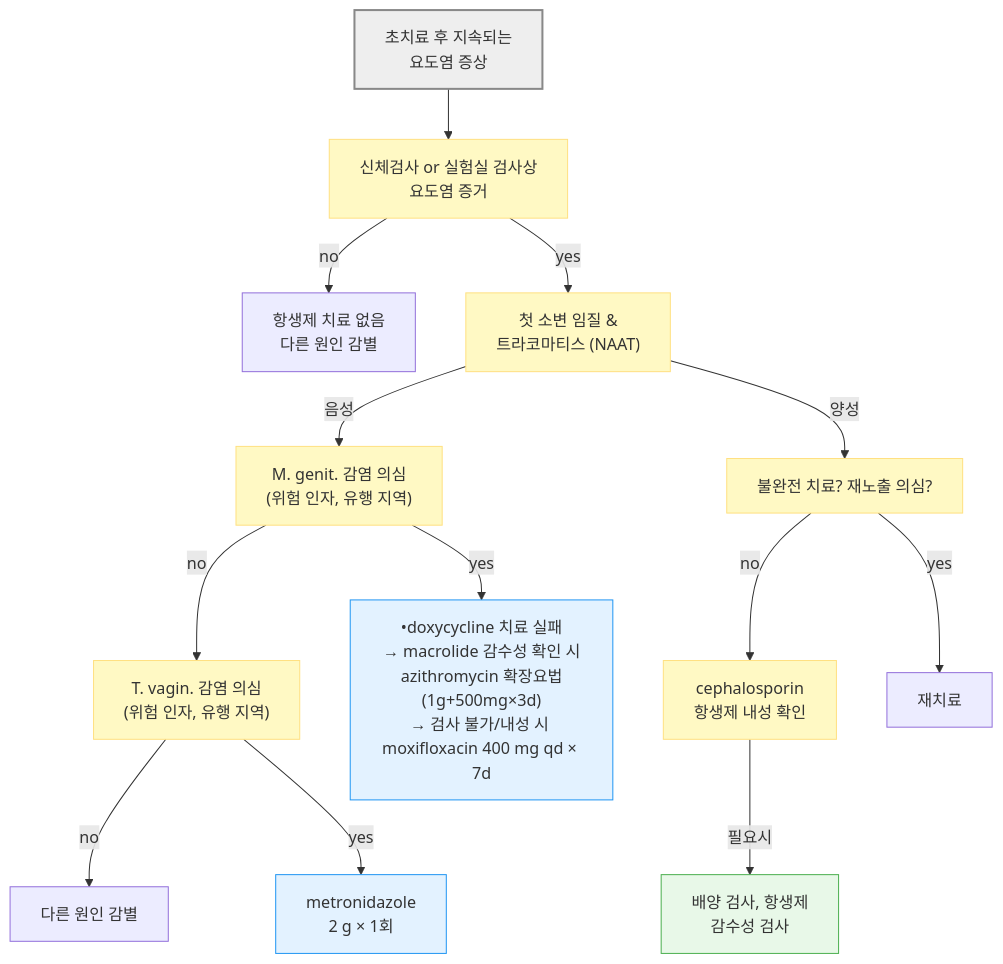
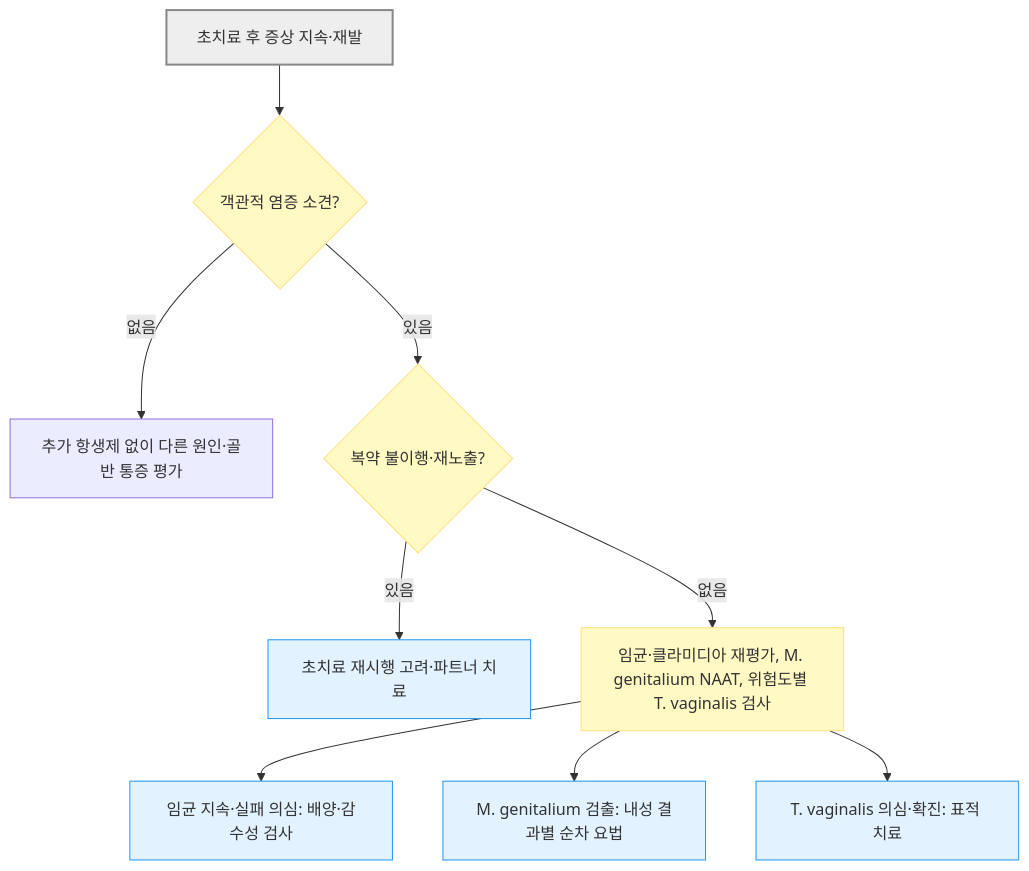
The diagram in 227_/115_-urethritis.md (familyoh77/familyoh77), drawn with Mermaid before and after one commit. The commit also changed other lines of this file and 1 other file, not shown here.

````diff
--- a/227_/115_-urethritis.md
+++ b/227_/115_-urethritis.md
@@ -147,23 +144,16 @@
 ```mermaid
 flowchart TD
-    Start["초치료 후 지속되는 <br/>요도염 증상"] 
---> A["신체검사 or 실험실 검사상 <br/>요도염 증거"]
-    A -- no --> B["항생제 치료 없음<br>다른 원인 감별"]
-    A -- yes --> C["첫 소변 임질 & <br/>트라코마티스 (NAAT)"]
-    C -- 음성 --> D["M. genit. 감염 의심<br>(위험 인자, 유행 지역)"]
-    C -- 양성 --> E["불완전 치료? 재노출 의심?"]
-    D -- no --> F["T. vagin. 감염 의심<br>(위험 인자, 유행 지역)"]
-    D -- yes --> G["•doxycycline 치료 실패<br>→ macrolide 감수성 확인 시<br/>azithromycin 확장요법<br/>(1g+500mg×3d)<br>→ 검사 불가/내성 시 <br/>moxifloxacin 400 mg qd × 7d"]
-    F -- no --> H["다른 원인 감별"]
-    F -- yes --> I["metronidazole<br>2 g × 1회"]
-    E -- no --> J["cephalosporin<br>항생제 내성 확인"]
-    E -- yes --> K["재치료"]
-    J -- 필요시 --> L["배양 검사, 항생제<br>감수성 검사"]
-style Start fill:#eeeeee,stroke:#888888,stroke-width:2px
-classDef yellow fill:#fff9c4,stroke:#ffe082
-class A,C,E,D,F,J yellow
-classDef sky fill:#e3f2ff,stroke:#2196f3
-class G,I sky
-style L fill:#e8f8e8,stroke:#4caf50
-
+    A["초치료 후 증상 지속·재발"] --> B{"객관적 염증 소견?"}
+    B -- 없음 --> C["추가 항생제 없이 다른 원인·골반 통증 평가"]
+    B -- 있음 --> D{"복약 불이행·재노출?"}
+    D -- 있음 --> E["초치료 재시행 고려·파트너 치료"]
+    D -- 없음 --> F["임균·클라미디아 재평가, M. genitalium NAAT, 위험도별 T. vaginalis 검사"]
+    F --> G["임균 지속·실패 의심: 배양·감수성 검사"]
+    F --> H["M. genitalium 검출: 내성 결과별 순차 요법"]
+    F --> I["T. vaginalis 의심·확진: 표적 치료"]
+    style A fill:#eeeeee,stroke:#888888,stroke-width:2px
+    classDef yellow fill:#fff9c4,stroke:#ffe082
+    class B,D,F yellow
+    classDef sky fill:#e3f2ff,stroke:#2196f3
+    class E,G,H,I sky
 ```
````
